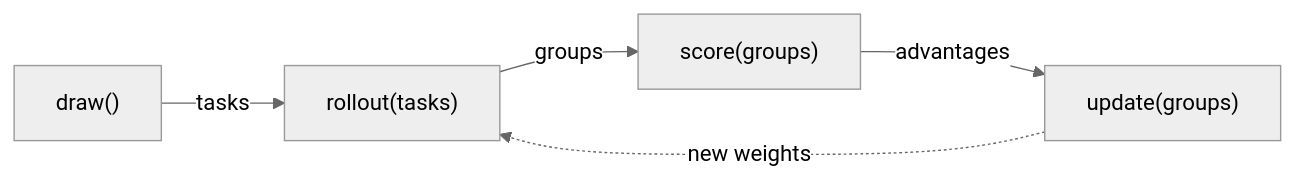
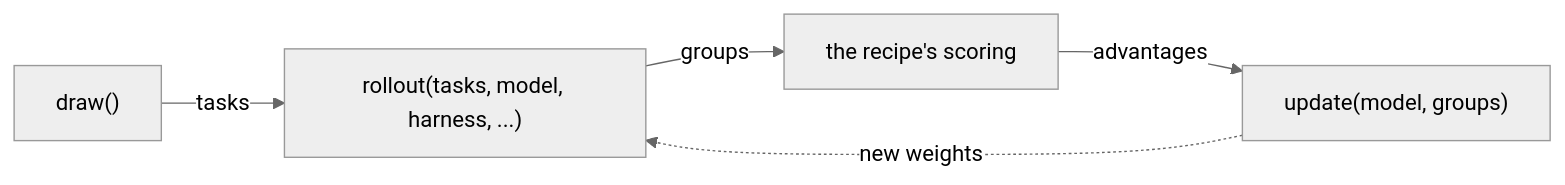
The diagram in src/shipyard/README.md (ghidav/shipyard), drawn with Mermaid (neutral theme) before and after one commit. The commit also changed other lines of this file and 111 other files, not shown here.

````diff
--- a/src/shipyard/README.md
+++ b/src/shipyard/README.md
@@ -5,7 +5,7 @@
 ```mermaid
 flowchart LR
-    draw["draw()"] -->|tasks| rollout["rollout(tasks)"]
-    rollout -->|groups| score["score(groups)"]
-    score -->|advantages| update["update(groups)"]
+    draw["draw()"] -->|tasks| rollout["rollout(tasks, model, harness, ...)"]
+    rollout -->|groups| score["the recipe's scoring"]
+    score -->|advantages| update["update(model, groups)"]
     update -.->|new weights| rollout
 ```
````
